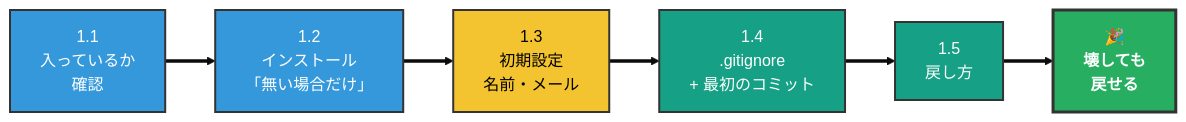
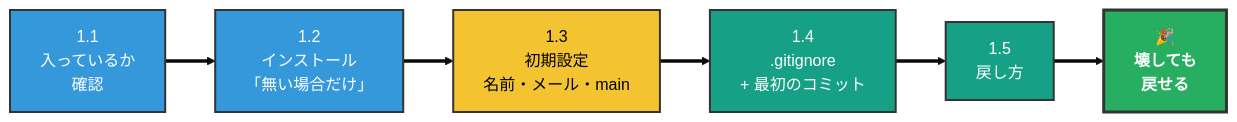
One commit to kasuyaofcb/tech_docs changed the first of 2 diagrams in 02_git/setup.md. Above: the diagram before and after it, drawn with Mermaid (base theme). The commit also changed other lines of this file and 1 other file, not shown here.

````diff
--- a/02_git/setup.md
+++ b/02_git/setup.md
@@ -17,15 +17,15 @@
 ```mermaid
 flowchart LR
     S1["1.1<br/>入っているか<br/>確認"] ==> S2["1.2<br/>インストール<br/>「無い場合だけ」"]
-    S2 ==> S3["1.3<br/>初期設定<br/>名前・メール"]
+    S2 ==> S3["1.3<br/>初期設定<br/>名前・メール・main"]
     S3 ==> S4["1.4<br/>.gitignore<br/>+ 最初のコミット"]
     S4 ==> S5["1.5<br/>戻し方"]
     S5 ==> G1["🎉<br/><b>壊しても<br/>戻せる</b>"]
 
     style S1 fill:#3498DB,color:#FFFFFF,stroke:#333,stroke-width:2px
     style S2 fill:#3498DB,color:#FFFFFF,stroke:#333,stroke-width:2px
     style S3 fill:#F4C430,color:#000,stroke:#333,stroke-width:2px
     style S4 fill:#16A085,color:#FFFFFF,stroke:#333,stroke-width:2px
     style S5 fill:#16A085,color:#FFFFFF,stroke:#333,stroke-width:2px
     style G1 fill:#27AE60,color:#FFFFFF,stroke:#333,stroke-width:3px
 ```
````
